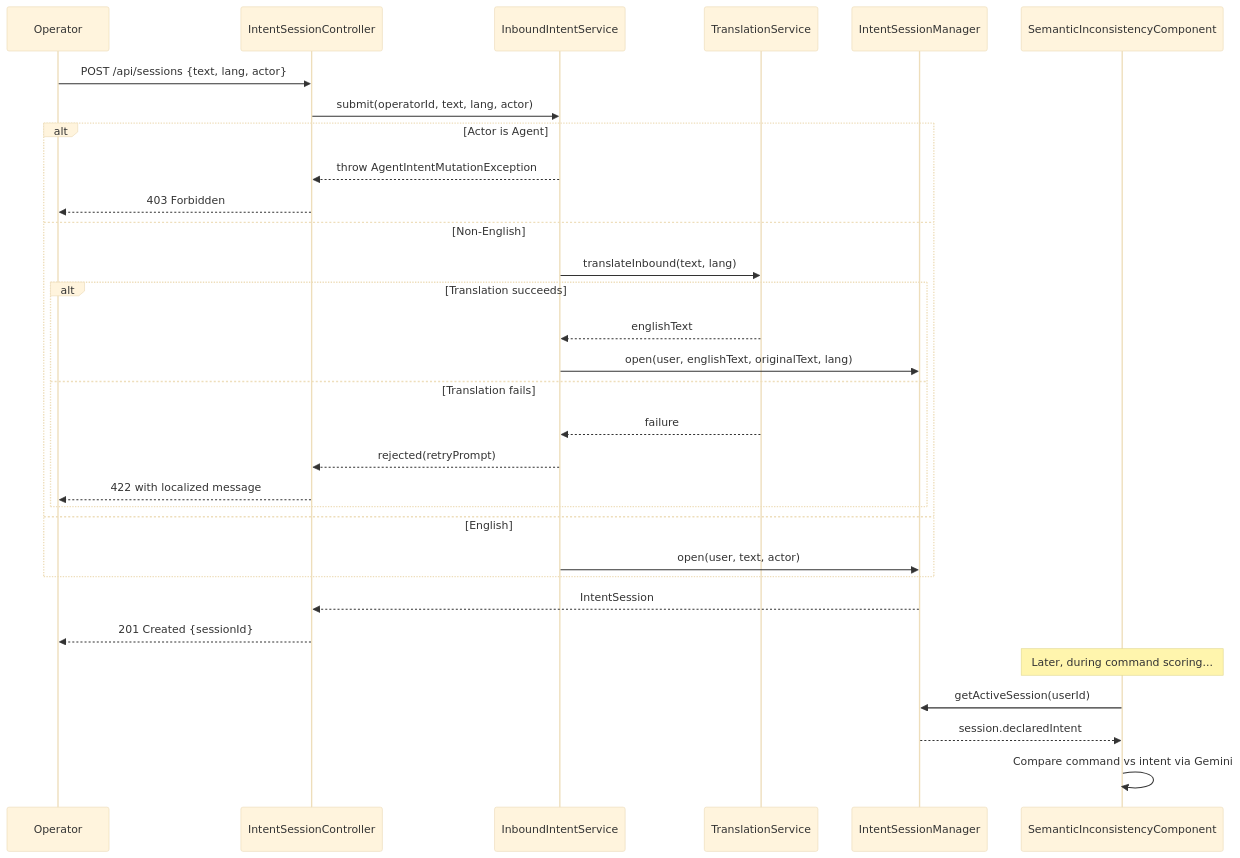
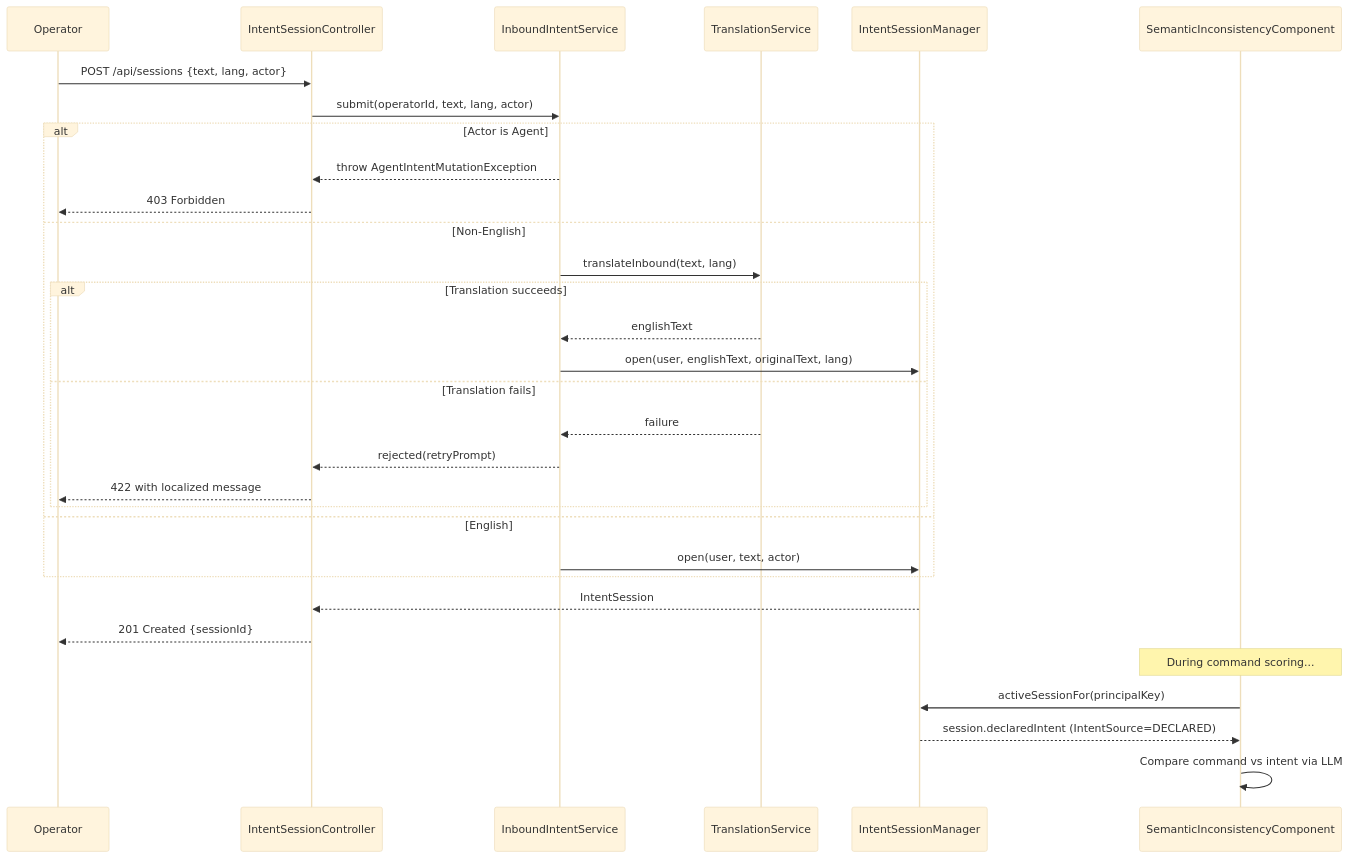
Before and after one commit to rachitGupta-ai/IntentGuard: the tenth of 26 diagrams in docs/product-design-and-execution-flow.md, drawn with Mermaid (base theme). The commit also changed other lines of this file and 29 other files, not shown here.

````diff
--- a/docs/product-design-and-execution-flow.md
+++ b/docs/product-design-and-execution-flow.md
@@ -350,37 +433,37 @@
 ```mermaid
 sequenceDiagram
     participant Op as Operator
     participant API as IntentSessionController
     participant IIS as InboundIntentService
     participant TS as TranslationService
     participant ISM as IntentSessionManager
     participant SC as SemanticInconsistencyComponent
 
     Op->>API: POST /api/sessions {text, lang, actor}
     API->>IIS: submit(operatorId, text, lang, actor)
 
     alt Actor is Agent
         IIS-->>API: throw AgentIntentMutationException
         API-->>Op: 403 Forbidden
     else Non-English
         IIS->>TS: translateInbound(text, lang)
         alt Translation succeeds
             TS-->>IIS: englishText
             IIS->>ISM: open(user, englishText, originalText, lang)
         else Translation fails
             TS-->>IIS: failure
             IIS-->>API: rejected(retryPrompt)
             API-->>Op: 422 with localized message
         end
     else English
         IIS->>ISM: open(user, text, actor)
     end
 
     ISM-->>API: IntentSession
     API-->>Op: 201 Created {sessionId}
 
-    Note over SC: Later, during command scoring...
-    SC->>ISM: getActiveSession(userId)
-    ISM-->>SC: session.declaredIntent
-    SC->>SC: Compare command vs intent via Gemini
+    Note over SC: During command scoring...
+    SC->>ISM: activeSessionFor(principalKey)
+    ISM-->>SC: session.declaredIntent (IntentSource=DECLARED)
+    SC->>SC: Compare command vs intent via LLM
 ```
````
